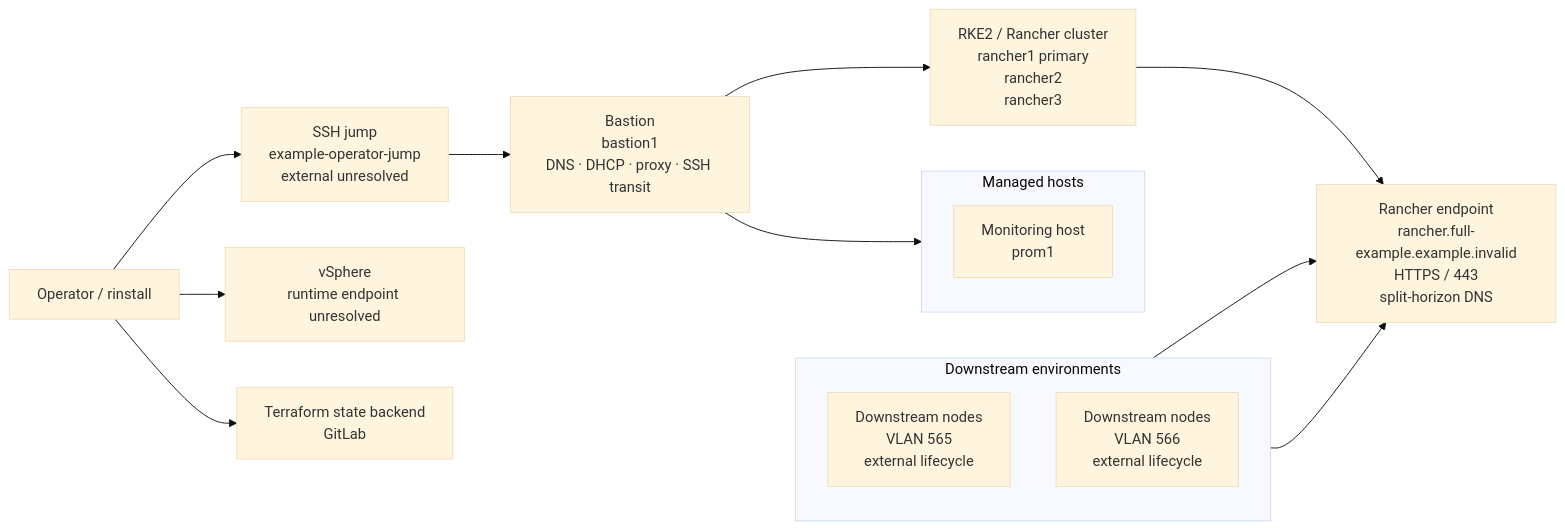
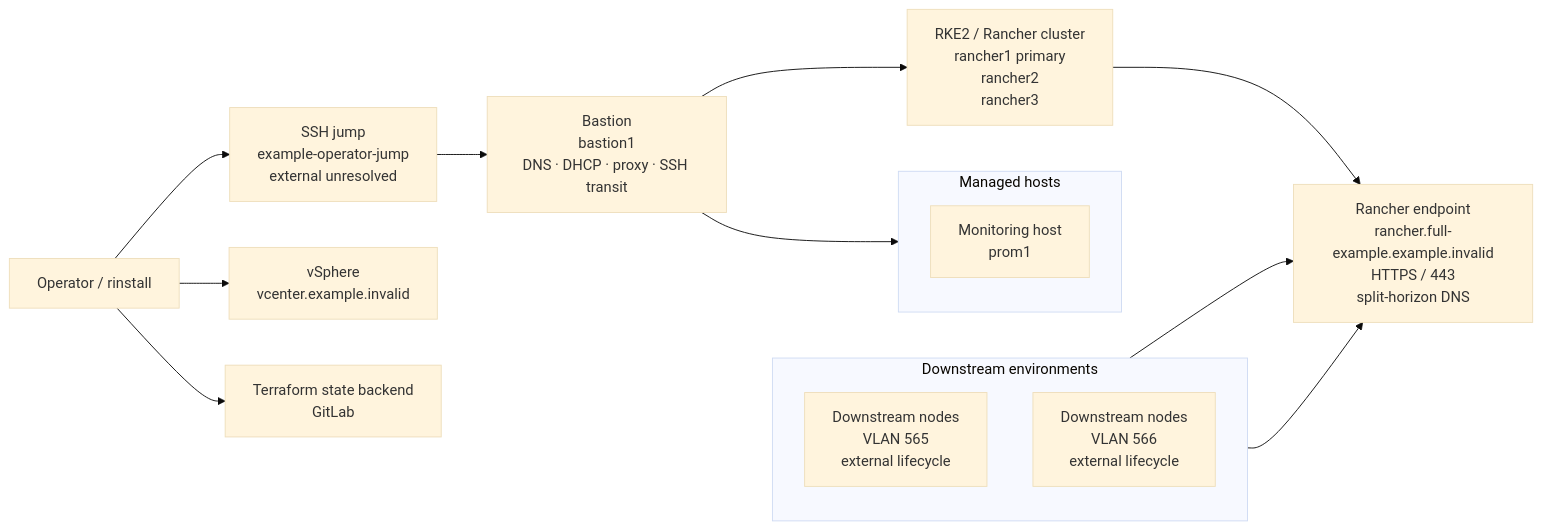
One commit to davidhrbac/rinstall changed the first of 2 diagrams in examples/full/topology.md. Above: the diagram before and after it, drawn with Mermaid (base theme). The commit also changed other lines of this file and 5 other files, not shown here.

````diff
--- a/examples/full/topology.md
+++ b/examples/full/topology.md
@@ -8,28 +8,28 @@
 ```mermaid
 flowchart LR
   actor_operator_workstation_974971eaa5["Operator / rinstall"]
   endpoint_endpoint_ssh_jump_f7b7c2ca2d["SSH jump<br/>example-operator-jump<br/>external unresolved"]
   host_bastion1_fd65cf69ce["Bastion<br/>bastion1<br/>DNS · DHCP · proxy · SSH transit"]
   subgraph managed_hosts["Managed hosts"]
     direction TB
     host_prom1_abf2e7bd7a["Monitoring host<br/>prom1"]
   end
   cluster_cluster_rke2_rancher_de77c71a50["RKE2 / Rancher cluster<br/>rancher1 primary<br/>rancher2<br/>rancher3"]
   endpoint_endpoint_rancher_0637b61772["Rancher endpoint<br/>rancher.full-example.example.invalid<br/>HTTPS / 443<br/>split-horizon DNS"]
   subgraph downstream["Downstream environments"]
     direction TB
     consumer_consumer_downstream_vlan565_dfc74929d4["Downstream nodes<br/>VLAN 565<br/>external lifecycle"]
     consumer_consumer_downstream_vlan566_30b7d29b35["Downstream nodes<br/>VLAN 566<br/>external lifecycle"]
   end
-  endpoint_endpoint_vcenter_bba77268c7["vSphere<br/>runtime endpoint unresolved"]
+  endpoint_endpoint_vcenter_bba77268c7["vSphere<br/>vcenter.example.invalid"]
   endpoint_endpoint_terraform_backend_a27fbcb411["Terraform state backend<br/>GitLab"]
   actor_operator_workstation_974971eaa5 --> endpoint_endpoint_ssh_jump_f7b7c2ca2d
   endpoint_endpoint_ssh_jump_f7b7c2ca2d --> host_bastion1_fd65cf69ce
   host_bastion1_fd65cf69ce --> host_prom1_abf2e7bd7a
   host_bastion1_fd65cf69ce --> cluster_cluster_rke2_rancher_de77c71a50
   cluster_cluster_rke2_rancher_de77c71a50 --> endpoint_endpoint_rancher_0637b61772
   consumer_consumer_downstream_vlan565_dfc74929d4 --> endpoint_endpoint_rancher_0637b61772
   consumer_consumer_downstream_vlan566_30b7d29b35 --> endpoint_endpoint_rancher_0637b61772
   actor_operator_workstation_974971eaa5 --> endpoint_endpoint_vcenter_bba77268c7
   actor_operator_workstation_974971eaa5 --> endpoint_endpoint_terraform_backend_a27fbcb411
 ```
````
